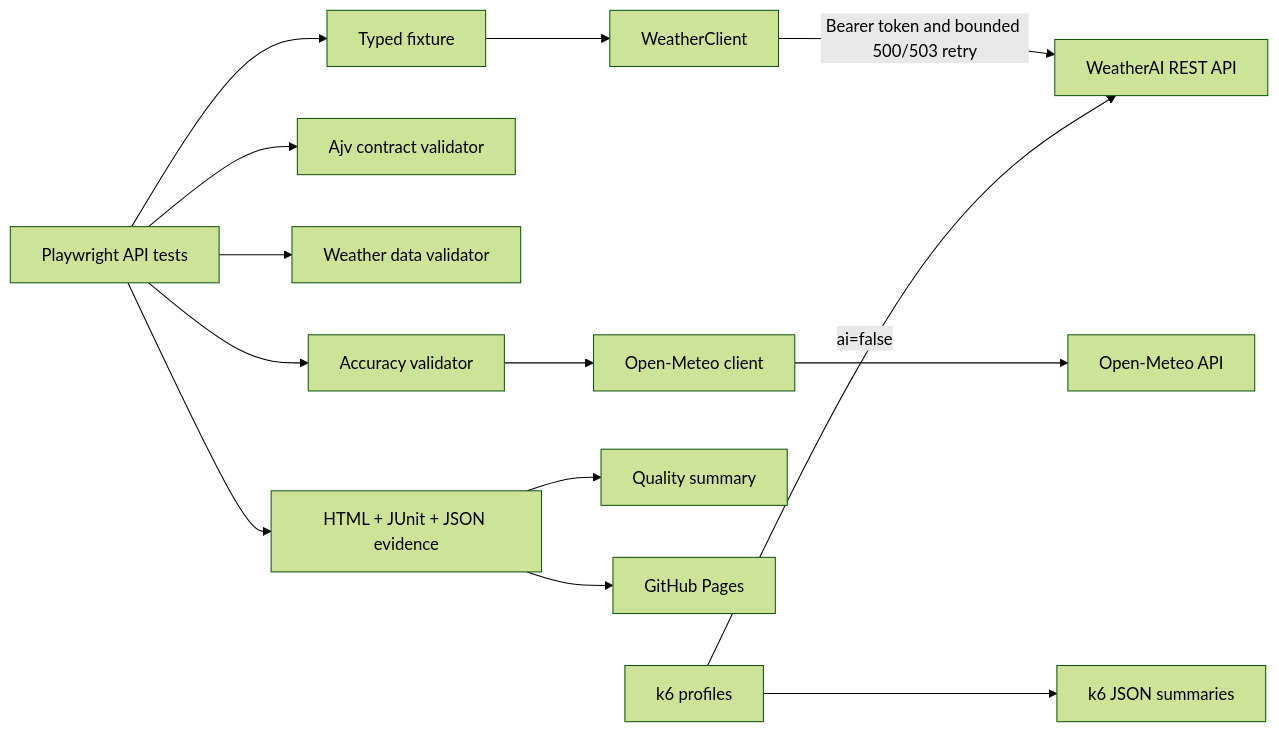
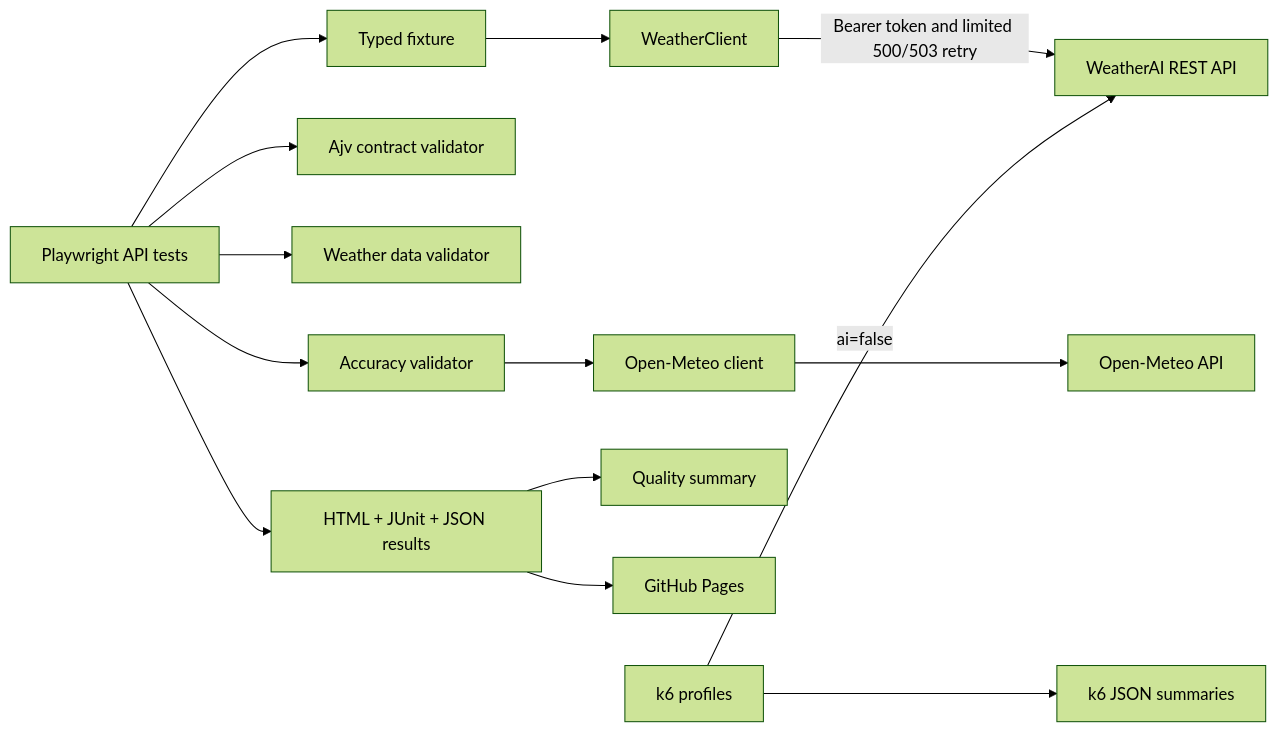
Before and after one commit to Joseph-Mutua/weatherai-atmosguard: the diagram in README.md, drawn with Mermaid (forest theme). The commit also changed other lines of this file, not shown here.

````diff
--- a/README.md
+++ b/README.md
@@ -60,16 +65,16 @@
 ```mermaid
 flowchart LR
     T[Playwright API tests] --> F[Typed fixture]
     F --> C[WeatherClient]
-    C -->|Bearer token and bounded 500/503 retry| W[WeatherAI REST API]
+    C -->|Bearer token and limited 500/503 retry| W[WeatherAI REST API]
     T --> AJV[Ajv contract validator]
     T --> DQ[Weather data validator]
     T --> AC[Accuracy validator]
     AC --> R[Open-Meteo client]
     R --> O[Open-Meteo API]
-    T --> REP[HTML + JUnit + JSON evidence]
+    T --> REP[HTML + JUnit + JSON results]
     REP --> QR[Quality summary]
     REP --> GP[GitHub Pages]
     K[k6 profiles] -->|ai=false| W
     K --> KR[k6 JSON summaries]
 ```
````
